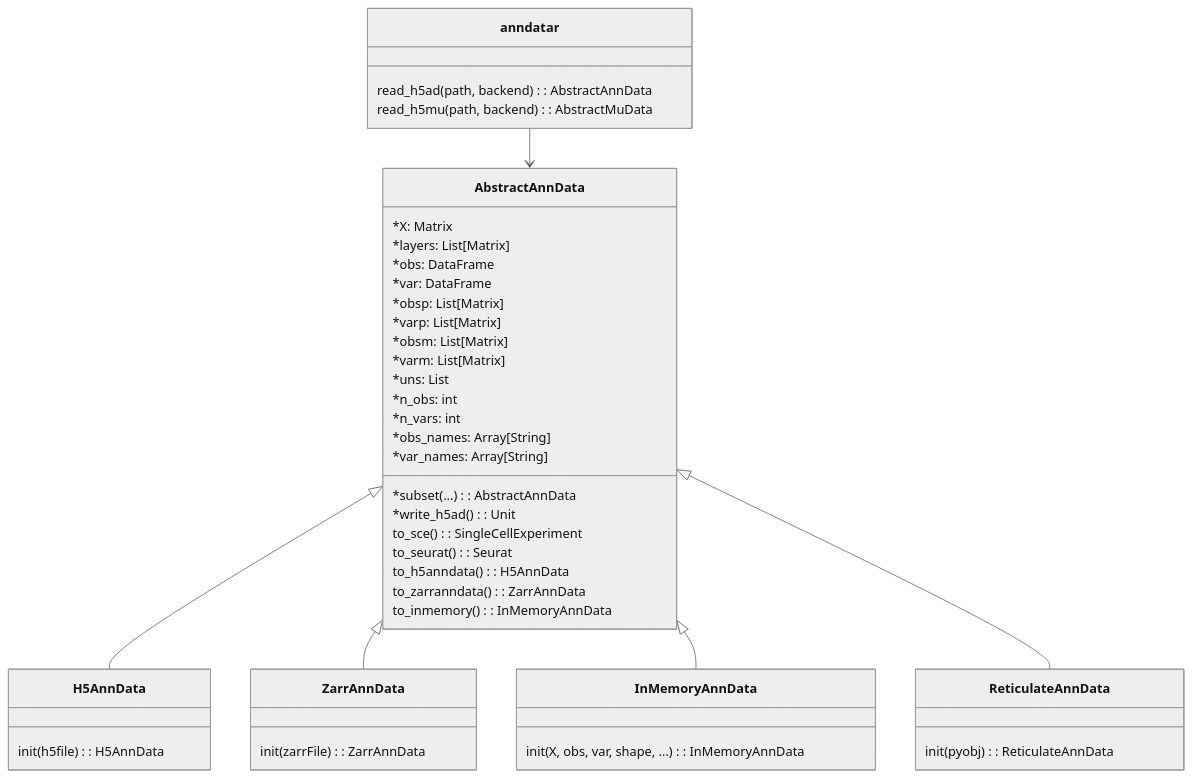
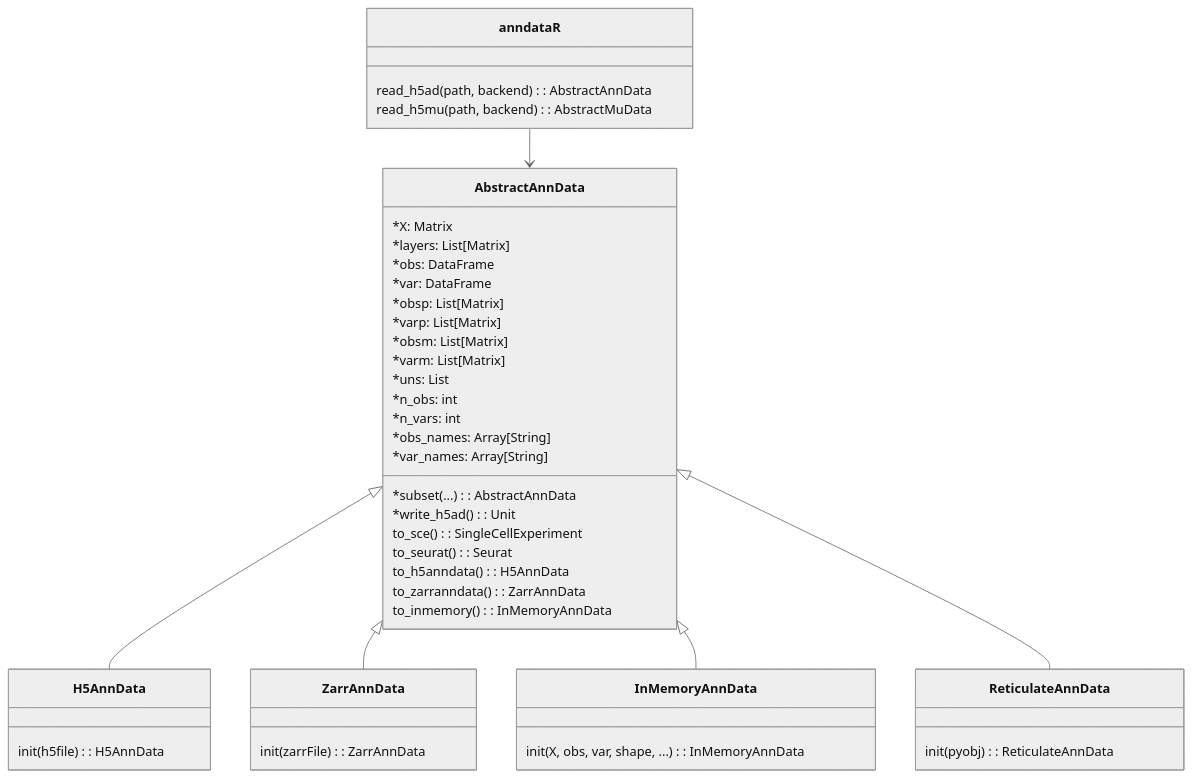
One commit to scverse/anndataR changed the diagram in doc/design.md. Above: the diagram before and after it, drawn with Mermaid (neutral theme). The commit also changed other lines of this file and 7 other files, not shown here.

````diff
--- a/doc/design.md
+++ b/doc/design.md
@@ -47,53 +47,53 @@
 ``` mermaid
 classDiagram
   class AbstractAnnData {
     *X: Matrix
     *layers: List[Matrix]
     *obs: DataFrame
     *var: DataFrame
     *obsp: List[Matrix]
     *varp: List[Matrix]
     *obsm: List[Matrix]
     *varm: List[Matrix]
     *uns: List
     *n_obs: int
     *n_vars: int
     *obs_names: Array[String]
     *var_names: Array[String]
     *subset(...): AbstractAnnData
     *write_h5ad(): Unit
 
     to_sce(): SingleCellExperiment
     to_seurat(): Seurat
 
     to_h5anndata(): H5AnnData
     to_zarranndata(): ZarrAnnData
     to_inmemory(): InMemoryAnnData
   }
 
   AbstractAnnData <|-- H5AnnData
   class H5AnnData {
     init(h5file): H5AnnData
   }
 
   AbstractAnnData <|-- ZarrAnnData
   class ZarrAnnData {
     init(zarrFile): ZarrAnnData
   }
 
   AbstractAnnData <|-- InMemoryAnnData
   class InMemoryAnnData {
     init(X, obs, var, shape, ...): InMemoryAnnData
   }
 
   AbstractAnnData <|-- ReticulateAnnData
   class ReticulateAnnData {
     init(pyobj): ReticulateAnnData
   }
 
-  class anndatar {
+  class anndataR {
     read_h5ad(path, backend): AbstractAnnData
     read_h5mu(path, backend): AbstractMuData
   }
-  anndatar --> AbstractAnnData
+  anndataR --> AbstractAnnData
 ```
````
